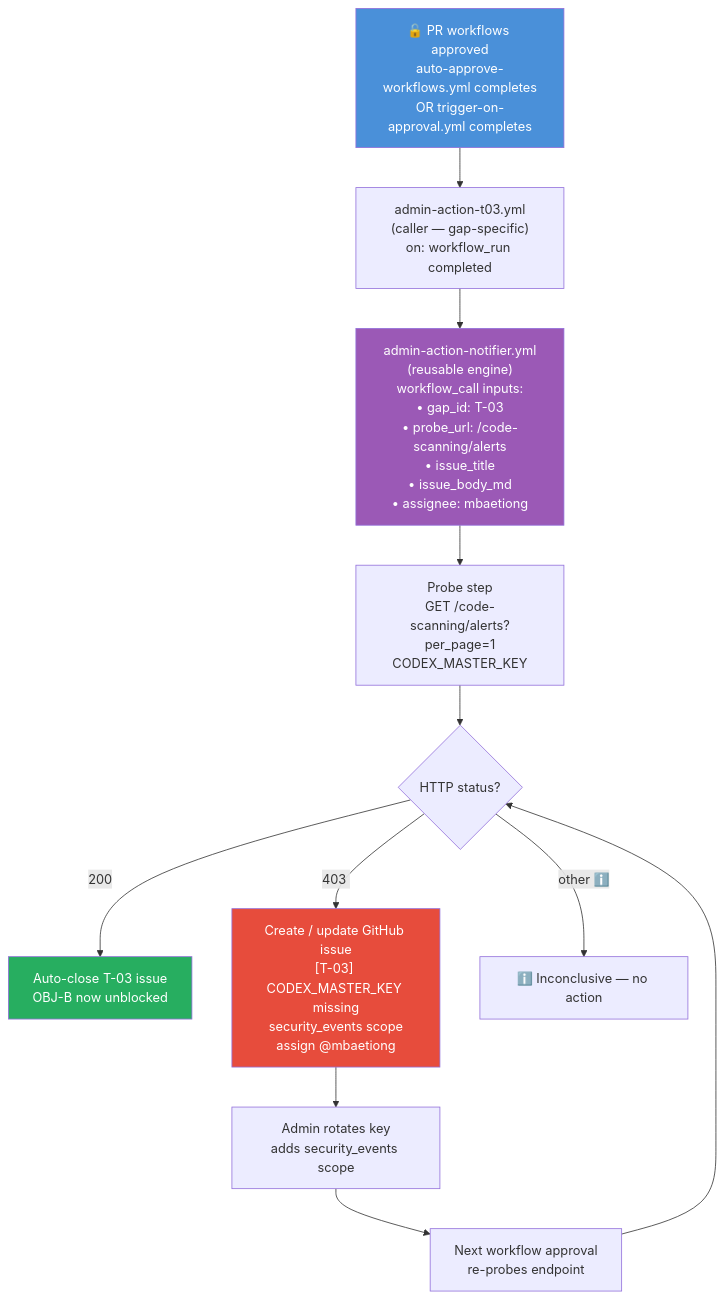
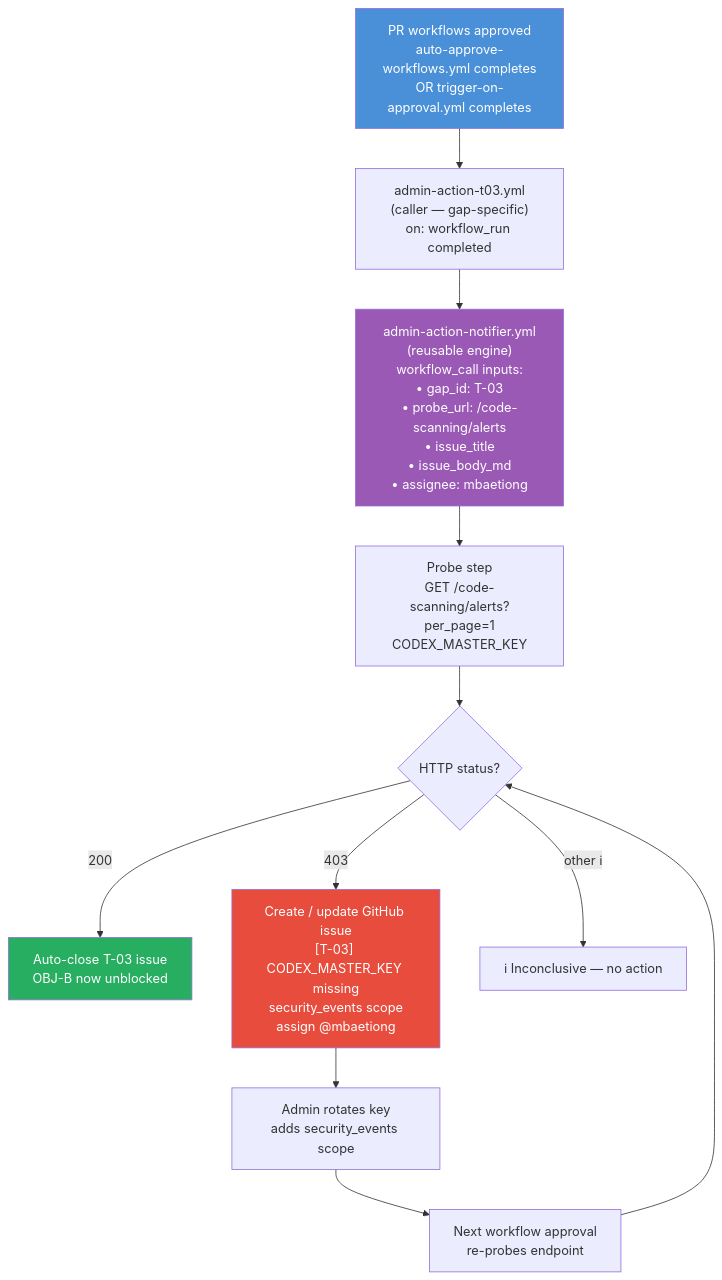
The fourth of 26 diagrams in docs/sessions/PR4346_session_diagram.md (Aries-Serpent/_codex_), drawn with Mermaid before and after one commit. The commit also changed other lines of this file and 4117 other files, not shown here.

````diff
--- a/docs/sessions/PR4346_session_diagram.md
+++ b/docs/sessions/PR4346_session_diagram.md
@@ -91,30 +97,35 @@
 ```mermaid
-%%{init: {'accessibility': {'title': 'Flowchart showing "🔓 PR workflows approved\nauto-approve-workflows.yml completes\nOR trigger-on-approval.yml completes", "admin-action-t03.yml\n(caller — gap-specific)\non: workflow_run completed"'}}%%
+%%{init: {'accessibility': {'title': 'Flowchart showing " PR workflows approved\nauto-approve-workflows.yml completes\nOR trigger-on-approval.yml completes", "admin-action-t03.yml\n(caller — gap-specific)\non: workflow_run completed"'}}%%
+
 flowchart TD
-    APPROVE["🔓 PR workflows approved\nauto-approve-workflows.yml completes\nOR trigger-on-approval.yml completes"] --> T03
 
-    T03["admin-action-t03.yml\n(caller — gap-specific)\non: workflow_run completed"] --> ENGINE
+ APPROVE[" PR workflows approved\nauto-approve-workflows.yml completes\nOR trigger-on-approval.yml completes"] --> T03
 
-    ENGINE["admin-action-notifier.yml\n(reusable engine)\nworkflow_call inputs:\n• gap_id: T-03\n• probe_url: /code-scanning/alerts\n• issue_title\n• issue_body_md\n• assignee: mbaetiong"] --> PROBE
+ T03["admin-action-t03.yml\n(caller — gap-specific)\non: workflow_run completed"] --> ENGINE
 
-    PROBE["Probe step\nGET /code-scanning/alerts?per_page=1\nCODEX_MASTER_KEY"] --> CHECK
+ ENGINE["admin-action-notifier.yml\n(reusable engine)\nworkflow_call inputs:\n• gap_id: T-03\n• probe_url: /code-scanning/alerts\n• issue_title\n• issue_body_md\n• assignee: mbaetiong"] --> PROBE
 
-    CHECK{HTTP status?}
-    CHECK -- "200 " --> CLOSE
-    CHECK -- "403 ️" --> ISSUE
-    CHECK -- "other ℹ️" --> SKIP
+ PROBE["Probe step\nGET /code-scanning/alerts?per_page=1\nCODEX_MASTER_KEY"] --> CHECK
 
-    ISSUE["Create / update GitHub issue\n[T-03] CODEX_MASTER_KEY missing\nsecurity_events scope\nassign @mbaetiong"] --> WAIT
+ CHECK{HTTP status?}
 
-    WAIT[" Admin rotates key\nadds security_events scope"] --> NEXT_RUN
+ CHECK -- "200 " --> CLOSE
 
-    NEXT_RUN["Next workflow approval\nre-probes endpoint"] --> CHECK
+ CHECK -- "403 " --> ISSUE
 
-    CLOSE["Auto-close T-03 issue\nOBJ-B now unblocked"]
-    SKIP["ℹ️ Inconclusive — no action"]
+ CHECK -- "other ℹ" --> SKIP
 
-    style APPROVE fill:#4a90d9,color:#fff
-    style CLOSE fill:#27ae60,color:#fff
-    style ISSUE fill:#e74c3c,color:#fff
-    style ENGINE fill:#9b59b6,color:#fff
+ ISSUE["Create / update GitHub issue\n[T-03] CODEX_MASTER_KEY missing\nsecurity_events scope\nassign @mbaetiong"] --> WAIT
+
+ WAIT[" Admin rotates key\nadds security_events scope"] --> NEXT_RUN
+
+ NEXT_RUN["Next workflow approval\nre-probes endpoint"] --> CHECK
+
+ CLOSE["Auto-close T-03 issue\nOBJ-B now unblocked"]
+ SKIP["ℹ Inconclusive — no action"]
+
+ style APPROVE fill:#4a90d9,color:#fff
+ style CLOSE fill:#27ae60,color:#fff
+ style ISSUE fill:#e74c3c,color:#fff
+ style ENGINE fill:#9b59b6,color:#fff
 ```
````
